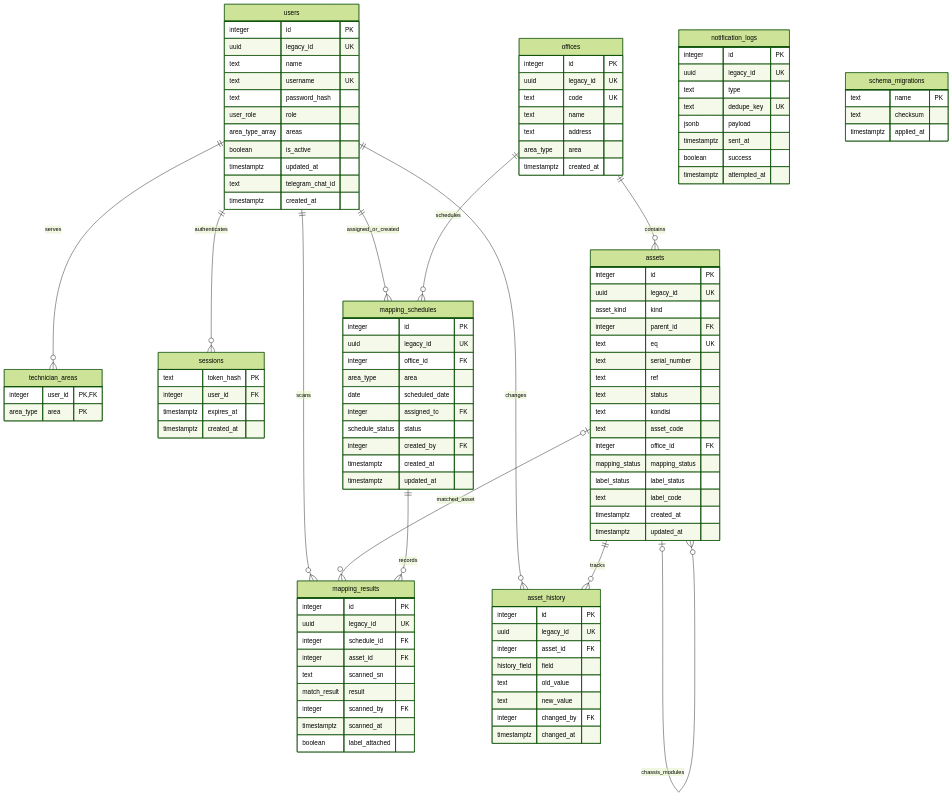
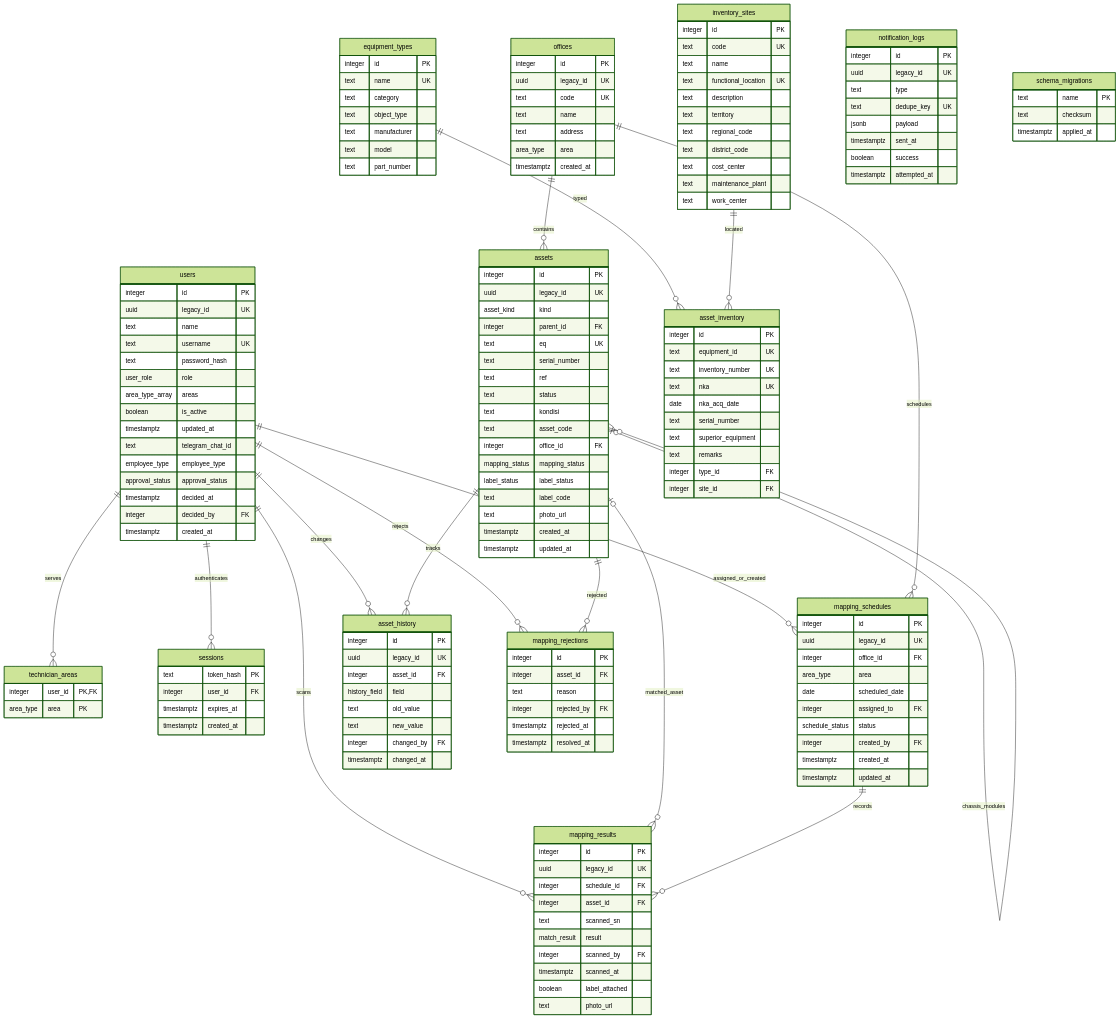
Before and after one commit to fauziachmadk/capstoneprogress-backend: the diagram in docs/ERD.md, drawn with Mermaid (forest theme). The commit also changed other lines of this file and 1 other file, not shown here.

Commit message:
Document migrations 004-007 and current Neon branch status
- ERD: add mapping_rejections, equipment_types, inventory_sites and
  asset_inventory, the new users and photo_url columns, and a summary of
  migrations 004 to 007
- NEON: record that dev-backend-fastify is at migration 007 (14 tables)
  while main is still at 003 (10 tables), correct the note on main's
  accounts, and list the new tables

```diff
--- a/docs/ERD.md
+++ b/docs/ERD.md
@@ -9,6 +9,10 @@
     users ||--o{ mapping_schedules : assigned_or_created
     users ||--o{ mapping_results : scans
     users ||--o{ asset_history : changes
+    users ||--o{ mapping_rejections : rejects
+    assets ||--o{ mapping_rejections : rejected
+    equipment_types ||--o{ asset_inventory : typed
+    inventory_sites ||--o{ asset_inventory : located
     offices ||--o{ assets : contains
     offices ||--o{ mapping_schedules : schedules
     assets o|--o{ assets : chassis_modules
@@ -26,6 +30,10 @@
         boolean is_active
         timestamptz updated_at
         text telegram_chat_id
+        employee_type employee_type
+        approval_status approval_status
+        timestamptz decided_at
+        integer decided_by FK
         timestamptz created_at
     }
     technician_areas {
@@ -62,6 +70,7 @@
         mapping_status mapping_status
         label_status label_status
         text label_code
+        text photo_url
         timestamptz created_at
         timestamptz updated_at
     }
@@ -87,6 +96,49 @@
         integer scanned_by FK
         timestamptz scanned_at
         boolean label_attached
+        text photo_url
+    }
+    mapping_rejections {
+        integer id PK
+        integer asset_id FK
+        text reason
+        integer rejected_by FK
+        timestamptz rejected_at
+        timestamptz resolved_at
+    }
+    equipment_types {
+        integer id PK
+        text name UK
+        text category
+        text object_type
+        text manufacturer
+        text model
+        text part_number
+    }
+    inventory_sites {
+        integer id PK
+        text code UK
+        text name
+        text functional_location UK
+        text description
+        text territory
+        text regional_code
+        text district_code
+        text cost_center
+        text maintenance_plant
+        text work_center
+    }
+    asset_inventory {
+        integer id PK
+        text equipment_id UK
+        text inventory_number UK
+        text nka UK
+        date nka_acq_date
+        text serial_number
+        text superior_equipment
+        text remarks
+        integer type_id FK
+        integer site_id FK
     }
     asset_history {
         integer id PK
```
